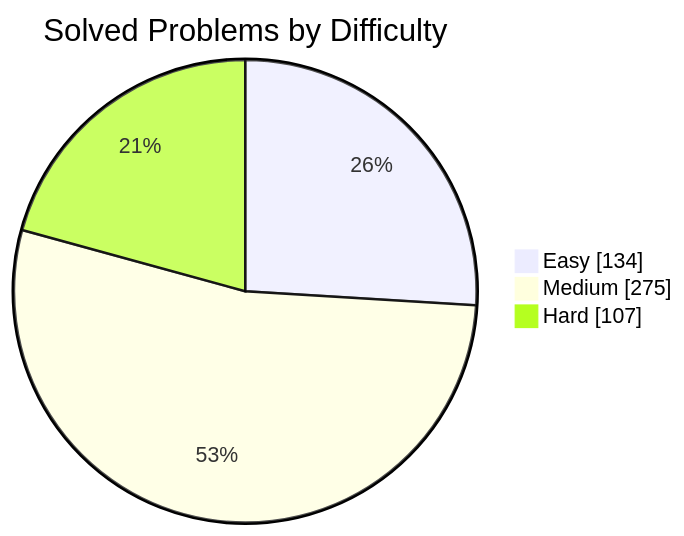
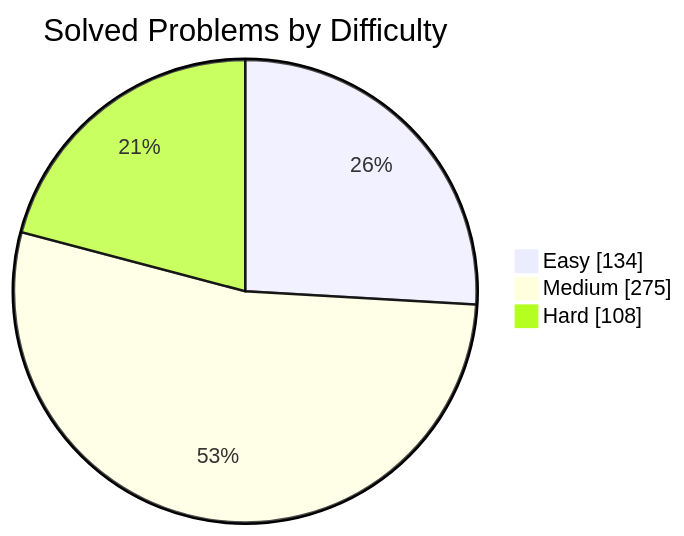
Before and after one commit to manikantbindass/DSA-Preparation-FAANG: the first of 2 diagrams in README.md, drawn with Mermaid. The commit also changed other lines of this file and 1 other file, not shown here.

````diff
--- a/README.md
+++ b/README.md
@@ -79,7 +79,7 @@
 ```mermaid
 pie showData
     title Solved Problems by Difficulty
     "Easy" : 134
     "Medium" : 275
-    "Hard" : 107
+    "Hard" : 108
 ```
````
